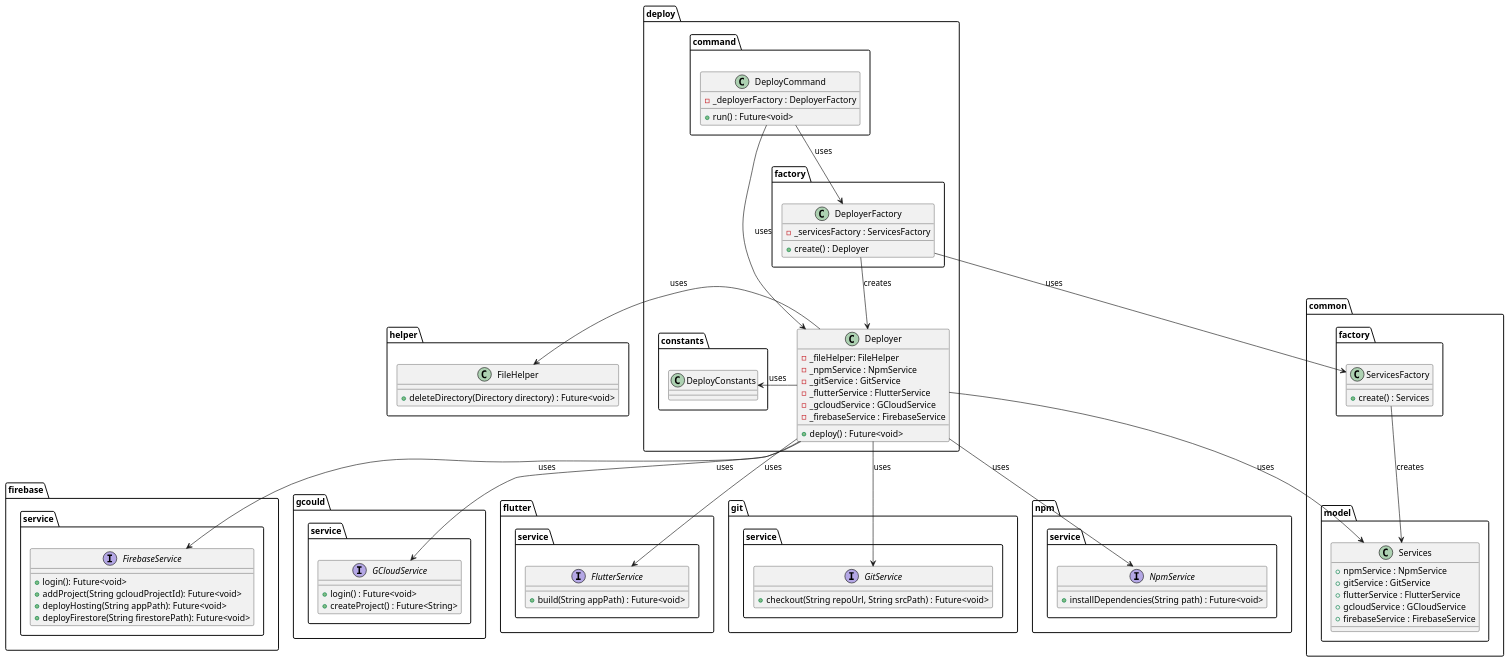
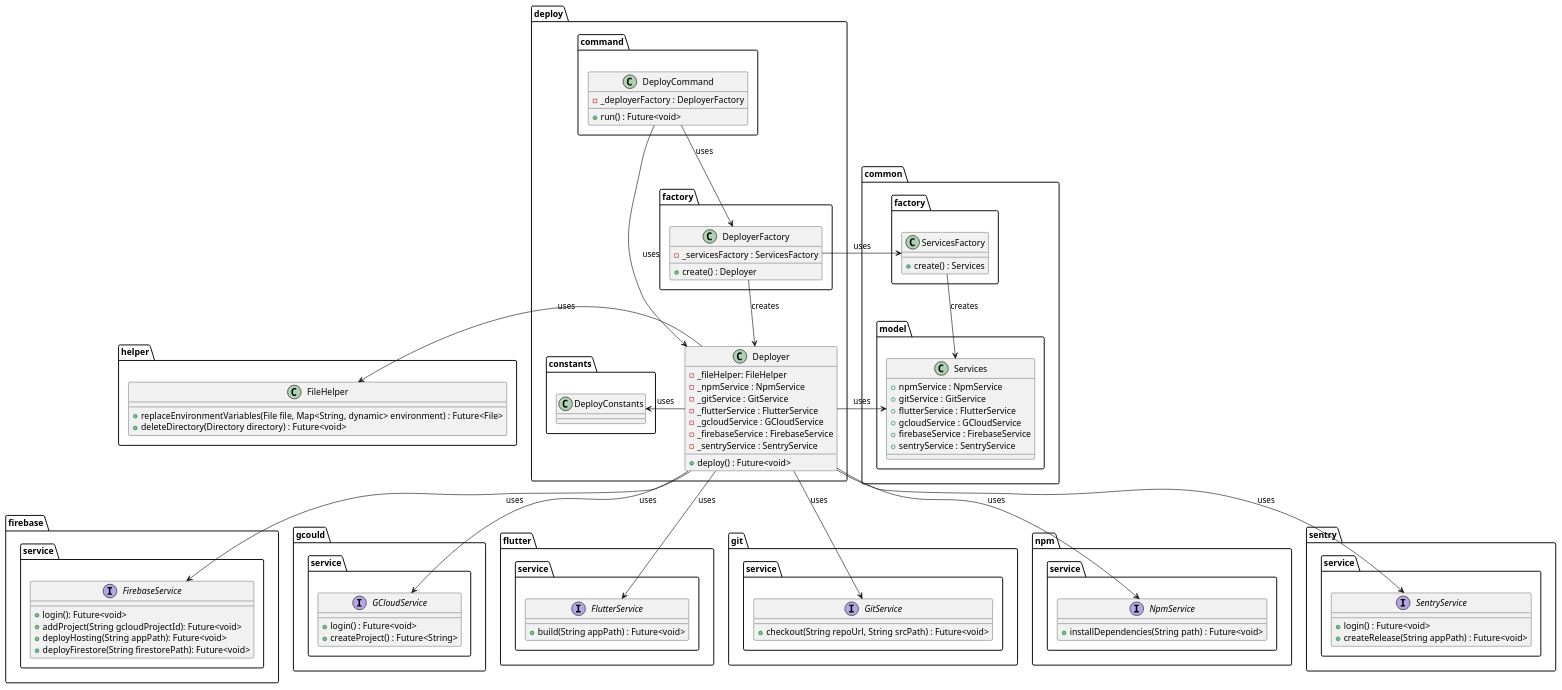
Before and after one commit to Flank/flank-dashboard: the diagram in metrics/cli/docs/diagrams/deploy_command_class_diagram.puml, drawn with PlantUML. The commit also changed 5 other files, not shown here.

```diff
--- a/metrics/cli/docs/diagrams/deploy_command_class_diagram.puml
+++ b/metrics/cli/docs/diagrams/deploy_command_class_diagram.puml
@@ -1,109 +1,120 @@
 @startuml deploy_command_class_diagram
 
 package firebase.service {
     interface FirebaseService {
         + login(): Future<void>
         + addProject(String gcloudProjectId): Future<void>
         + deployHosting(String appPath): Future<void>
         + deployFirestore(String firestorePath): Future<void>
     }
 }
 
 package gcould.service {
     interface GCloudService {
         + login() : Future<void>
         + createProject() : Future<String>
     }
 }
 
 package flutter.service {
     interface FlutterService  {
         + build(String appPath) : Future<void>
     }
 }
 
 package  git.service{
     interface GitService  {
         + checkout(String repoUrl, String srcPath) : Future<void>
     }
 }
 
 package  npm.service {
     interface NpmService  {
         + installDependencies(String path) : Future<void>
     }
 }
 
+package sentry.service{
+    interface SentryService  {
+        + login() : Future<void>
+        + createRelease(String appPath) : Future<void>
+    }
+}
+
 package common {
     package model {
         class Services {
             + npmService : NpmService
             + gitService : GitService
             + flutterService : FlutterService
             + gcloudService : GCloudService
             + firebaseService : FirebaseService
+            + sentryService : SentryService
         }
     }
 
     package factory as common.factory{
         class ServicesFactory {
             + create() : Services
         }
     }
 }
 
 
 package deploy {
     package command {
         class DeployCommand {
             - _deployerFactory : DeployerFactory
             + run() : Future<void>
         }
     }
 
     package constants {
         class DeployConstants{}
     }
 
     package factory {
         class DeployerFactory {
             - _servicesFactory : ServicesFactory
             + create() : Deployer
         }
     }
 
     class Deployer {
         - _fileHelper: FileHelper
         - _npmService : NpmService
         - _gitService : GitService
         - _flutterService : FlutterService
         - _gcloudService : GCloudService
         - _firebaseService : FirebaseService
+        - _sentryService : SentryService
         + deploy() : Future<void>
     }
 }
 
 package helper {
     class FileHelper {
+        + replaceEnvironmentVariables(File file, Map<String, dynamic> environment) : Future<File>
         + deleteDirectory(Directory directory) : Future<void>
     }
 }
 
 Deployer -down-> NpmService : uses
 Deployer -down-> GitService : uses
 Deployer -down-> FlutterService : uses
 Deployer -down-> GCloudService : uses
 Deployer -down-> FirebaseService : uses
+Deployer -down-> SentryService : uses
 Deployer -left-> FileHelper : uses
 Deployer -> DeployConstants : uses
 Deployer -> Services : uses
 
 DeployCommand -down-> Deployer : uses
 DeployCommand -down-> DeployerFactory : uses
-DeployerFactory --> ServicesFactory : uses
+DeployerFactory -left-> ServicesFactory : uses
 
 ServicesFactory --> Services : creates
 
 DeployerFactory --> Deployer : creates
 
 @enduml
```
